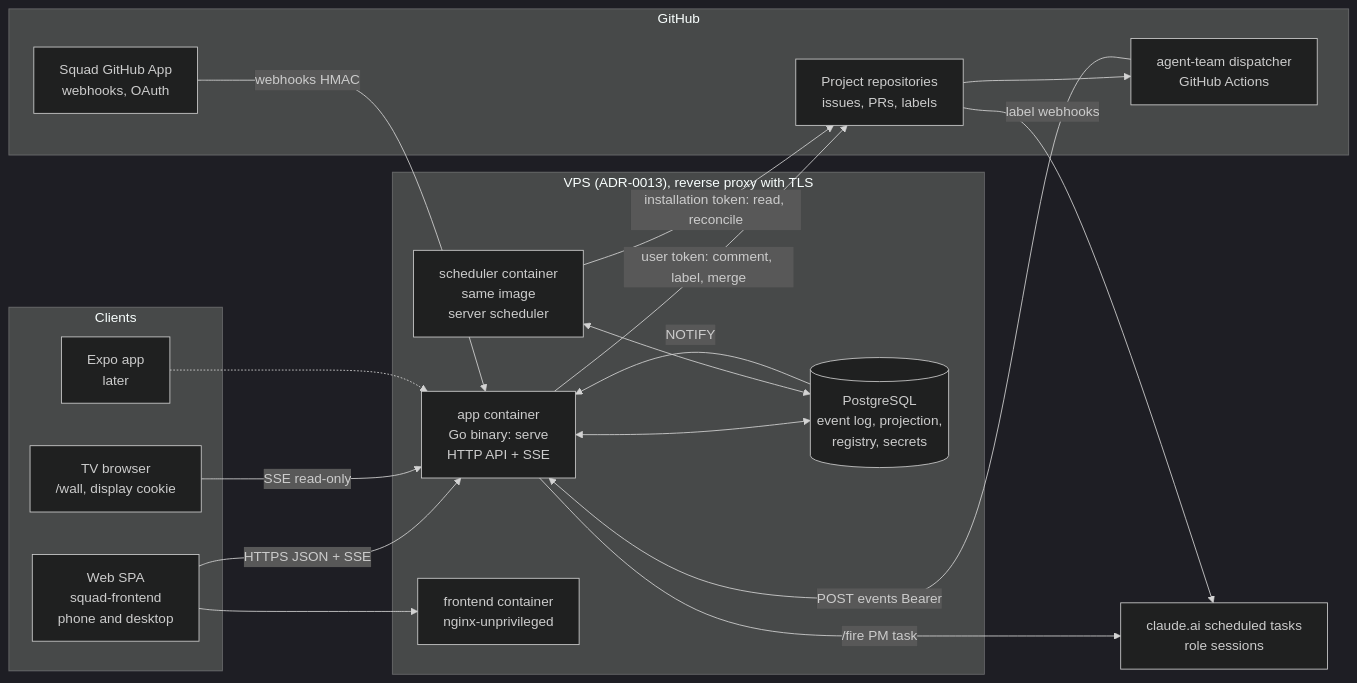
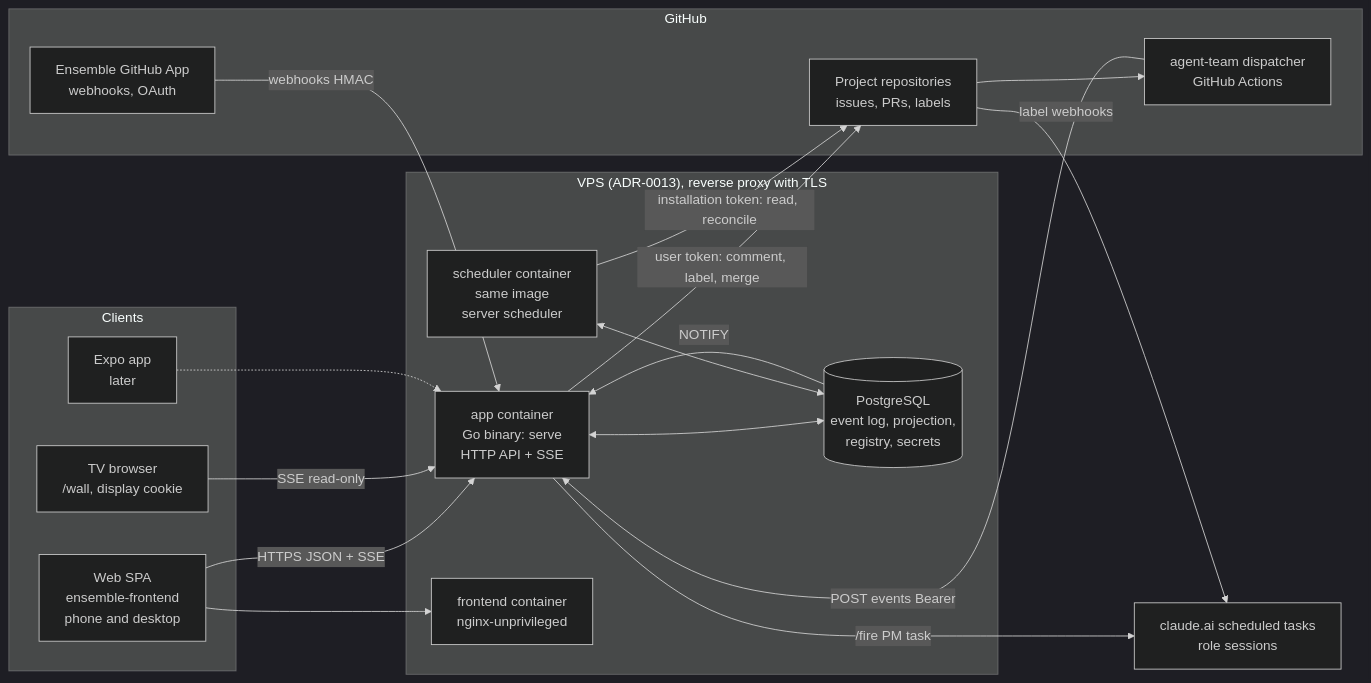
Before and after one commit to GabrielSoares-Dev/project-generator: the first of 4 diagrams in .scratch/platform/architecture.md, drawn with Mermaid (dark theme). The commit also changed other lines of this file and 1 other file, not shown here.

First line of the commit message:
docs: the platform is named Ensemble

````diff
--- a/.scratch/platform/architecture.md
+++ b/.scratch/platform/architecture.md
@@ -52,38 +52,38 @@
 ```mermaid
 flowchart LR
   subgraph Clients
-    WEB[Web SPA<br/>squad-frontend<br/>phone and desktop]
+    WEB[Web SPA<br/>ensemble-frontend<br/>phone and desktop]
     TV[TV browser<br/>/wall, display cookie]
     MOB[Expo app<br/>later]
   end
 
   subgraph VPS["VPS (ADR-0013), reverse proxy with TLS"]
     APP[app container<br/>Go binary: serve<br/>HTTP API + SSE]
     SCH[scheduler container<br/>same image<br/>server scheduler]
     DB[(PostgreSQL<br/>event log, projection,<br/>registry, secrets)]
     NGX[frontend container<br/>nginx-unprivileged]
   end
 
   subgraph GitHub
-    GHAPP[Squad GitHub App<br/>webhooks, OAuth]
+    GHAPP[Ensemble GitHub App<br/>webhooks, OAuth]
     REPOS[Project repositories<br/>issues, PRs, labels]
     DISP[agent-team dispatcher<br/>GitHub Actions]
   end
 
   CLAUDE[claude.ai scheduled tasks<br/>role sessions]
 
   WEB -- HTTPS JSON + SSE --> APP
   TV -- SSE read-only --> APP
   MOB -.-> APP
   WEB --> NGX
   APP <--> DB
   SCH <--> DB
   DB -- NOTIFY --> APP
   GHAPP -- webhooks HMAC --> APP
   DISP -- POST events Bearer --> APP
   APP -- user token: comment, label, merge --> REPOS
   SCH -- installation token: read, reconcile --> REPOS
   APP -- /fire PM task --> CLAUDE
   REPOS -- label webhooks --> CLAUDE
   REPOS --> DISP
 ```
````
